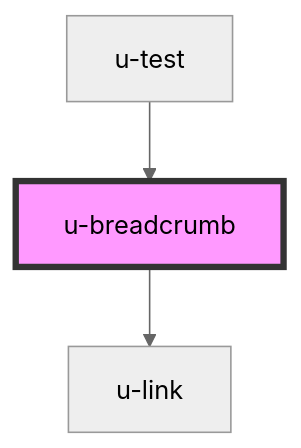
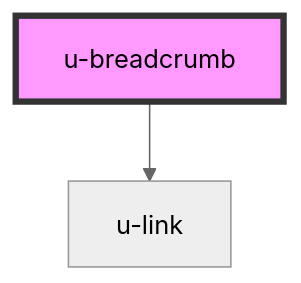
One commit to theUrbans/uniform changed the diagram in src/components/u-breadcrumb/readme.md. Above: the diagram before and after it, drawn with Mermaid (neutral theme). The commit also changed other lines of this file and 12 other files, not shown here.

````diff
--- a/src/components/u-breadcrumb/readme.md
+++ b/src/components/u-breadcrumb/readme.md
@@ -36,6 +32,5 @@
 ```mermaid
 graph TD;
   u-breadcrumb --> u-link
-  u-test --> u-breadcrumb
   style u-breadcrumb fill:#f9f,stroke:#333,stroke-width:4px
 ```
````
